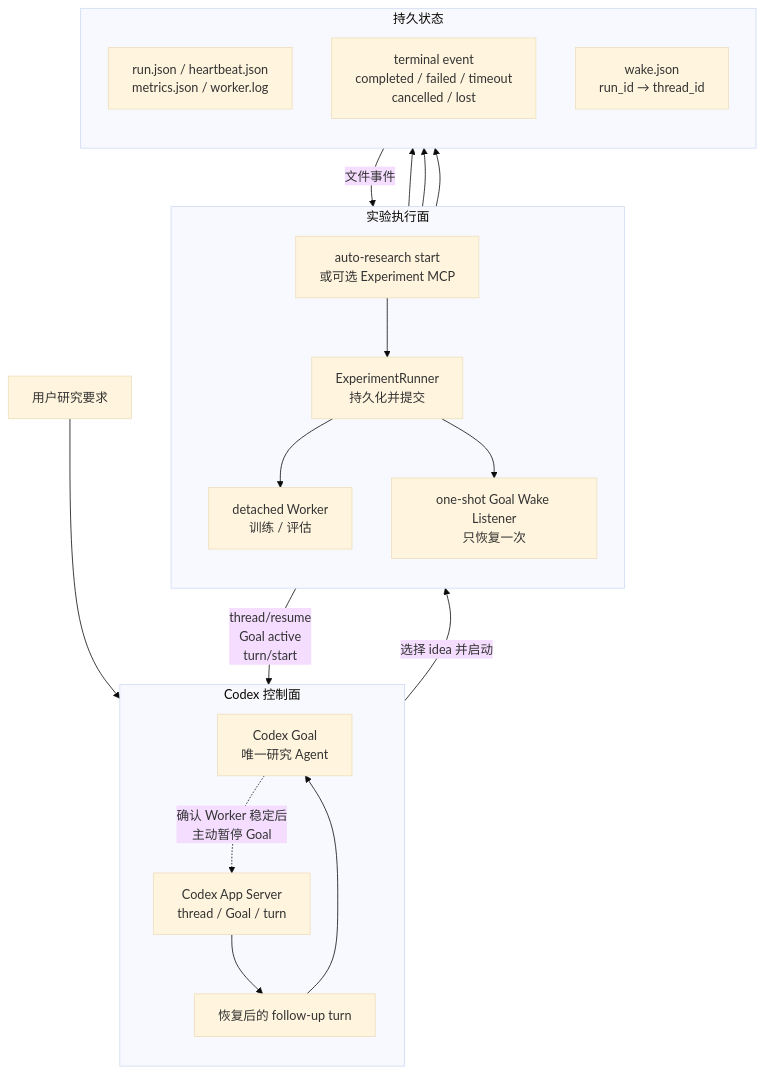
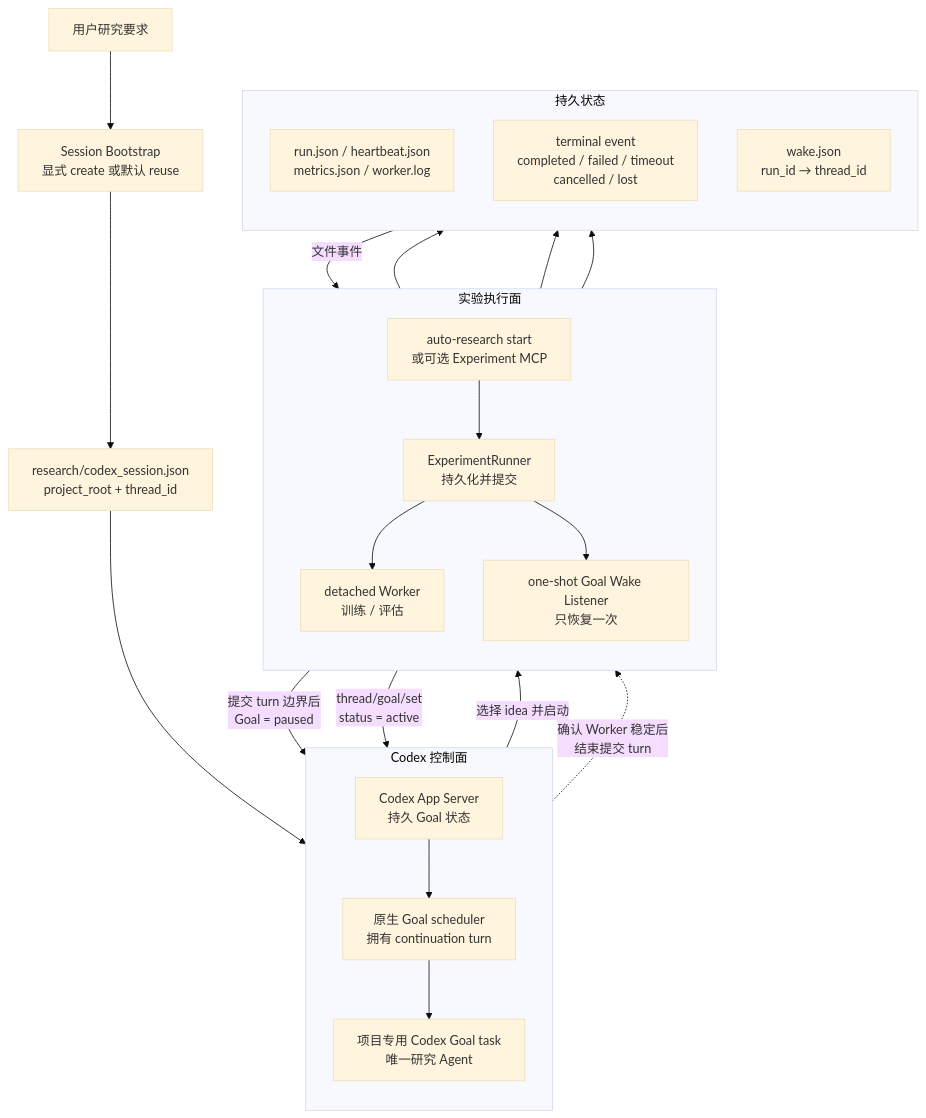
One commit to dollarser/codex-auto-research changed the first of 4 diagrams in docs/CODEX_AUTO_RESEARCH_AGENT_DESIGN.md. Above: the diagram before and after it, drawn with Mermaid (base theme). The commit also changed other lines of this file and 21 other files, not shown here.

````diff
--- a/docs/CODEX_AUTO_RESEARCH_AGENT_DESIGN.md
+++ b/docs/CODEX_AUTO_RESEARCH_AGENT_DESIGN.md
@@ -17,38 +17,41 @@
 ```mermaid
 flowchart TD
-    U["用户研究要求"] --> G["Codex Goal<br/>唯一研究 Agent"]
+    U["用户研究要求"] --> B["Session Bootstrap<br/>显式 create 或默认 reuse"]
+    B --> S["research/codex_session.json<br/>project_root + thread_id"]
+    S --> G["项目专用 Codex Goal task<br/>唯一研究 Agent"]
 
     subgraph C["Codex 控制面"]
         direction TB
         G
-        AS["Codex App Server<br/>thread / Goal / turn"]
-        FT["恢复后的 follow-up turn"]
-        AS --> FT --> G
+        AS["Codex App Server<br/>持久 Goal 状态"]
+        NS["原生 Goal scheduler<br/>拥有 continuation turn"]
+        AS --> NS --> G
     end
 
     subgraph E["实验执行面"]
         direction TB
         API["auto-research start<br/>或可选 Experiment MCP"]
         R["ExperimentRunner<br/>持久化并提交"]
         W["detached Worker<br/>训练 / 评估"]
         L["one-shot Goal Wake Listener<br/>只恢复一次"]
         API --> R
         R --> W
         R --> L
     end
 
     subgraph P["持久状态"]
         direction TB
         RUN["run.json / heartbeat.json<br/>metrics.json / worker.log"]
         EVENT["terminal event<br/>completed / failed / timeout<br/>cancelled / lost"]
         WAKE["wake.json<br/>run_id → thread_id"]
     end
 
     G -->|"选择 idea 并启动"| API
-    G -.->|"确认 Worker 稳定后<br/>主动暂停 Goal"| AS
+    G -.->|"确认 Worker 稳定后<br/>结束提交 turn"| L
+    L -->|"提交 turn 边界后<br/>Goal = paused"| AS
     W --> RUN
     W --> EVENT
     L --> WAKE
     EVENT -->|"文件事件"| L
-    L -->|"thread/resume<br/>Goal active<br/>turn/start"| AS
+    L -->|"thread/goal/set<br/>status = active"| AS
 ```
````
